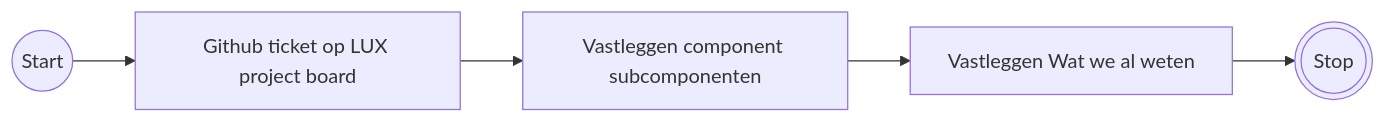
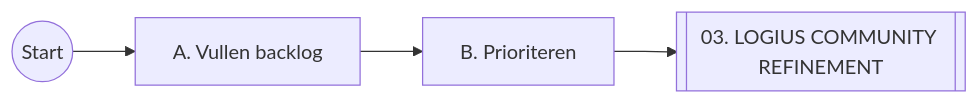
Before and after one commit to nl-design-system/lux: the second of 4 diagrams in PROCESSES.md, drawn with Mermaid. The commit also changed other lines of this file, not shown here.

````diff
--- a/PROCESSES.md
+++ b/PROCESSES.md
@@ -75,14 +48,12 @@
 ```mermaid
 flowchart LR
 
 A@{shape: circle, label: "Start"}
-B[Github ticket op LUX project board]
-C[Vastleggen component subcomponenten]
-D[Vastleggen Wat we al weten]
-Z@{shape: double-circle, label: "Stop"}
+B[A. Vullen backlog]
+C[B. Prioriteren]
+D@{shape: fr-rect, label: "03. LOGIUS COMMUNITY REFINEMENT"}
 
 A-->B
 B-->C
 C-->D
-D-->Z
 ```
````
